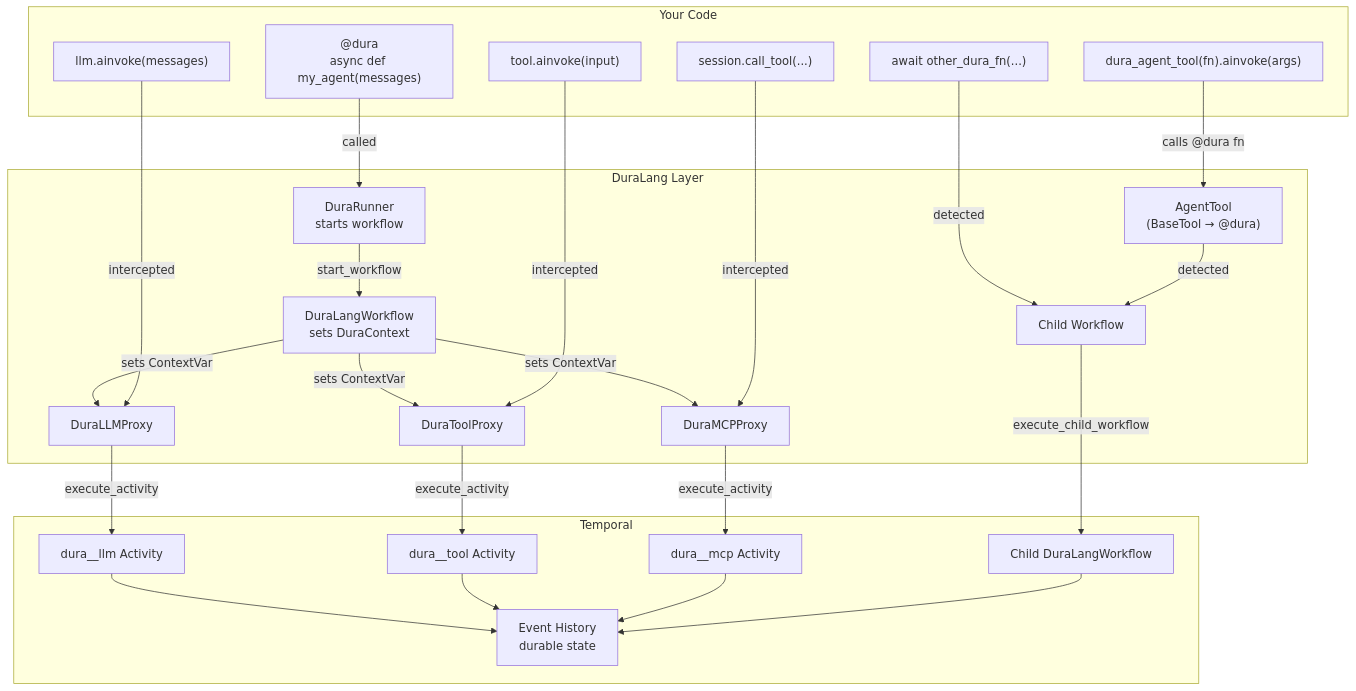
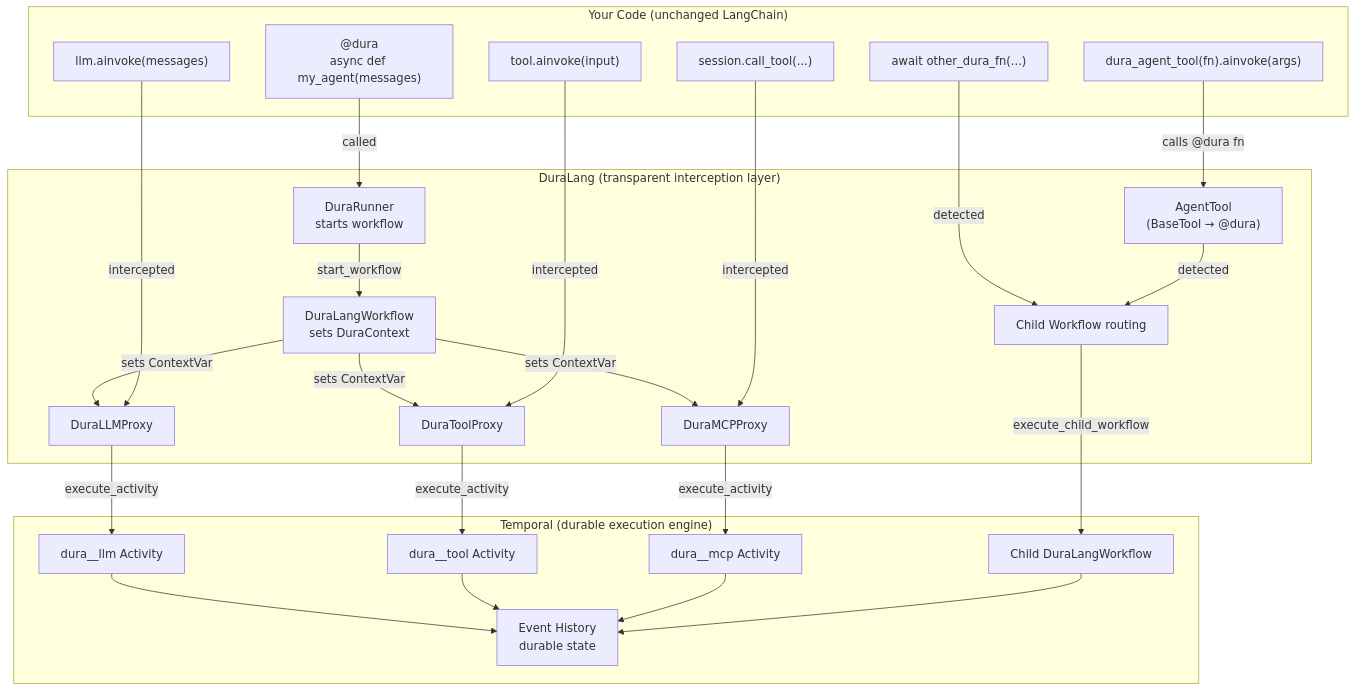
The first of 8 diagrams in docs/architecture.md (deepansh-saxena/DuraLang), drawn with Mermaid before and after one commit. The commit also changed other lines of this file and 14 other files, not shown here.

````diff
--- a/docs/architecture.md
+++ b/docs/architecture.md
@@ -9,52 +11,52 @@
 ```mermaid
 graph TB
-    subgraph "Your Code"
+    subgraph "Your Code (unchanged LangChain)"
         A["@dura<br/>async def my_agent(messages)"]
         B["llm.ainvoke(messages)"]
         C["tool.ainvoke(input)"]
         D["session.call_tool(...)"]
         E["await other_dura_fn(...)"]
         AT["dura_agent_tool(fn).ainvoke(args)"]
     end
 
-    subgraph "DuraLang Layer"
+    subgraph "DuraLang (transparent interception layer)"
         F["DuraRunner<br/>starts workflow"]
         G["DuraLangWorkflow<br/>sets DuraContext"]
         H["DuraLLMProxy"]
         I["DuraToolProxy"]
         J["DuraMCPProxy"]
-        K["Child Workflow"]
+        K["Child Workflow routing"]
         AG["AgentTool<br/>(BaseTool → @dura)"]
     end
 
-    subgraph "Temporal"
+    subgraph "Temporal (durable execution engine)"
         L["dura__llm Activity"]
         M["dura__tool Activity"]
         N["dura__mcp Activity"]
         O["Child DuraLangWorkflow"]
         P["Event History<br/>durable state"]
     end
 
     A -->|"called"| F
     F -->|"start_workflow"| G
     G -->|"sets ContextVar"| H
     G -->|"sets ContextVar"| I
     G -->|"sets ContextVar"| J
 
     B -->|"intercepted"| H
     C -->|"intercepted"| I
     D -->|"intercepted"| J
     E -->|"detected"| K
     AT -->|"calls @dura fn"| AG
     AG -->|"detected"| K
 
     H -->|"execute_activity"| L
     I -->|"execute_activity"| M
     J -->|"execute_activity"| N
     K -->|"execute_child_workflow"| O
 
     L --> P
     M --> P
     N --> P
     O --> P
 ```
````
